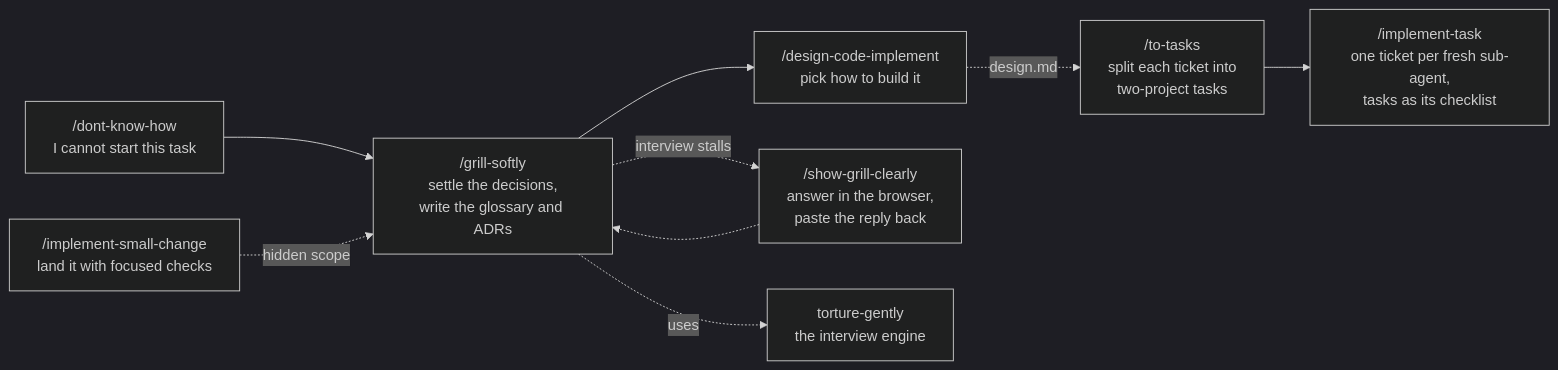
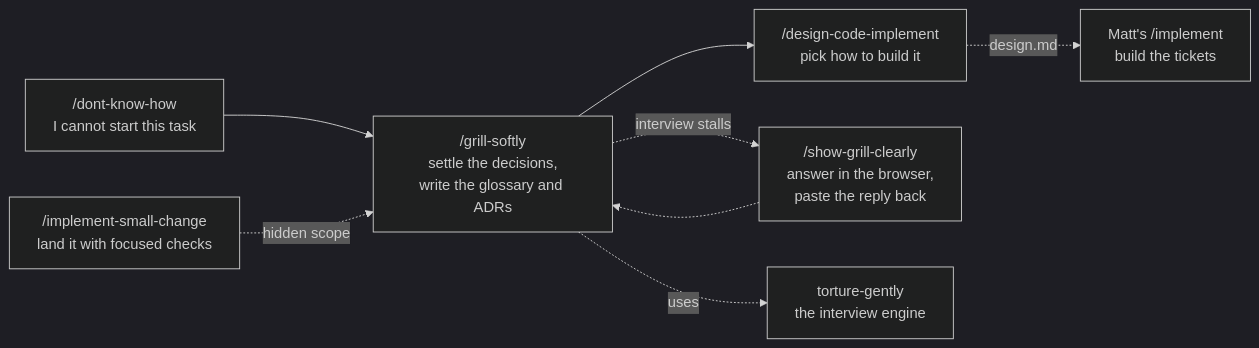
One commit to GUOJIE-HONG/skills changed the diagram in README.md. Above: the diagram before and after it, drawn with Mermaid (dark theme). The commit also changed other lines of this file and 9 other files, not shown here.

First line of the commit message:
feat!: 棄用 to-tasks 與 implement-task 並移至 deprecated 資料夾

````diff
--- a/README.md
+++ b/README.md
@@ -68,12 +68,11 @@
 ```mermaid
 flowchart LR
     A["/dont-know-how<br/>I cannot start this task"] --> B["/grill-softly<br/>settle the decisions,<br/>write the glossary and ADRs"]
     B --> C["/design-code-implement<br/>pick how to build it"]
     D["/implement-small-change<br/>land it with focused checks"]
-    C -.->|"design.md"| G["/to-tasks<br/>split each ticket into<br/>two-project tasks"]
-    G --> H["/implement-task<br/>one ticket per fresh sub-agent,<br/>tasks as its checklist"]
+    C -.->|"design.md"| G["Matt's /implement<br/>build the tickets"]
     B -. interview stalls .-> E["/show-grill-clearly<br/>answer in the browser,<br/>paste the reply back"]
     E -.-> B
     B -. uses .-> F["torture-gently<br/>the interview engine"]
     D -. hidden scope .-> B
 ```
````
